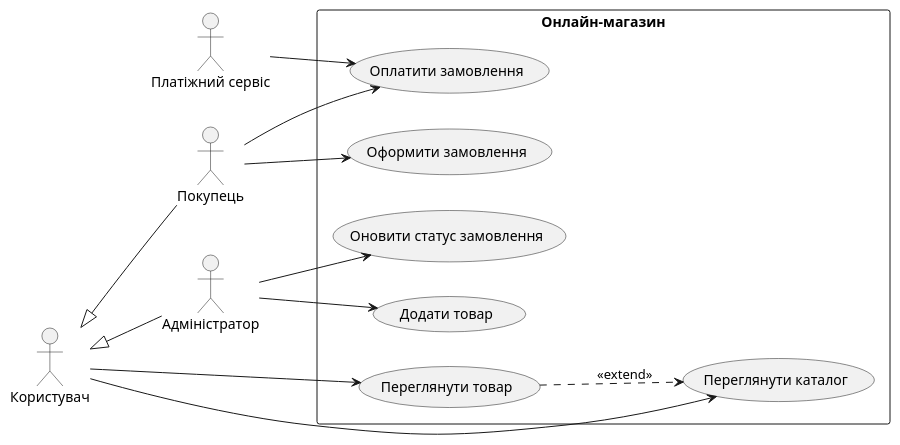
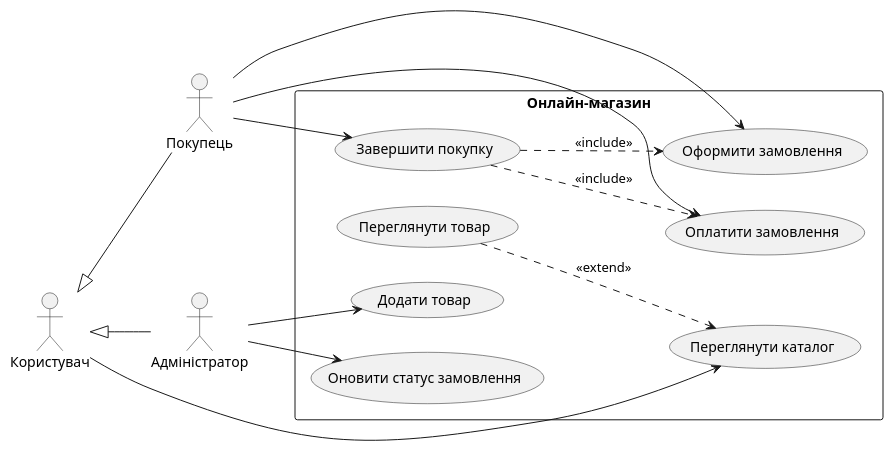
The diagram in lab-2/use-case.puml (fiodm/-ER-), drawn with PlantUML before and after one commit.

```diff
--- a/lab-2/use-case.puml
+++ b/lab-2/use-case.puml
@@ -2,35 +2,33 @@
 @startuml
 left to right direction
 skinparam packageStyle rectangle
 
 actor "Користувач" as User
 actor "Покупець" as Customer
 actor "Адміністратор" as Admin
-actor "Платіжний сервіс" as PaymentService
 
 User <|-- Customer
 User <|-- Admin
 
 rectangle "Онлайн-магазин" {
   usecase "Переглянути каталог" as UC01
   usecase "Переглянути товар" as UC02
   usecase "Оформити замовлення" as UC03
   usecase "Оплатити замовлення" as UC04
   usecase "Додати товар" as UC05
   usecase "Оновити статус замовлення" as UC06
+  usecase "Завершити покупку" as UC07
 }
 
 User --> UC01
-User --> UC02
-
 Customer --> UC03
 Customer --> UC04
-
+Customer --> UC07
 Admin --> UC05
 Admin --> UC06
 
-PaymentService --> UC04
-
 UC02 ..> UC01 : <<extend>>
+UC07 ..> UC03 : <<include>>
+UC07 ..> UC04 : <<include>>
 
 @enduml
```
